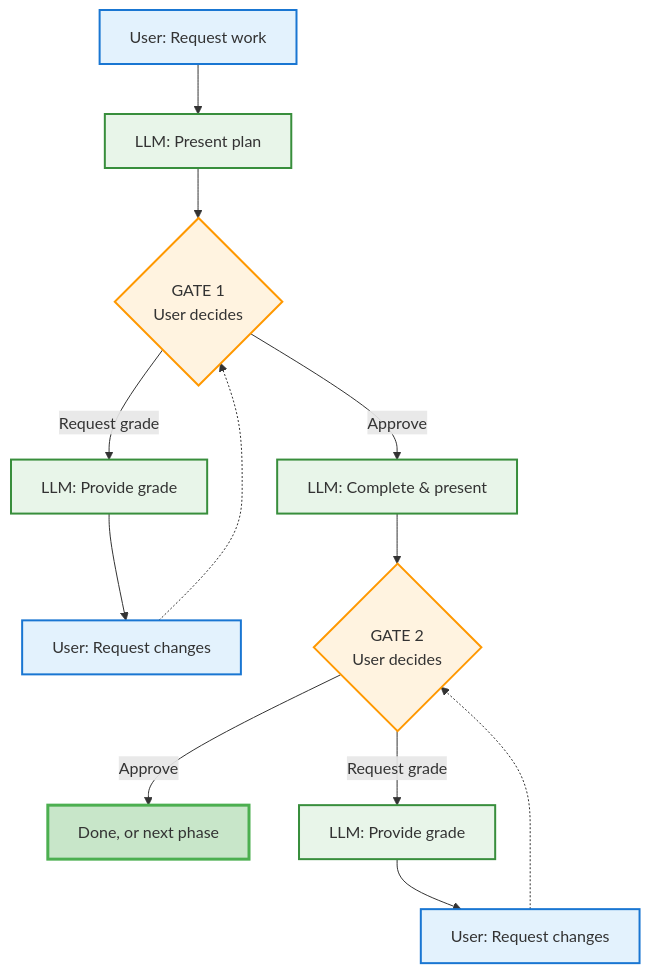
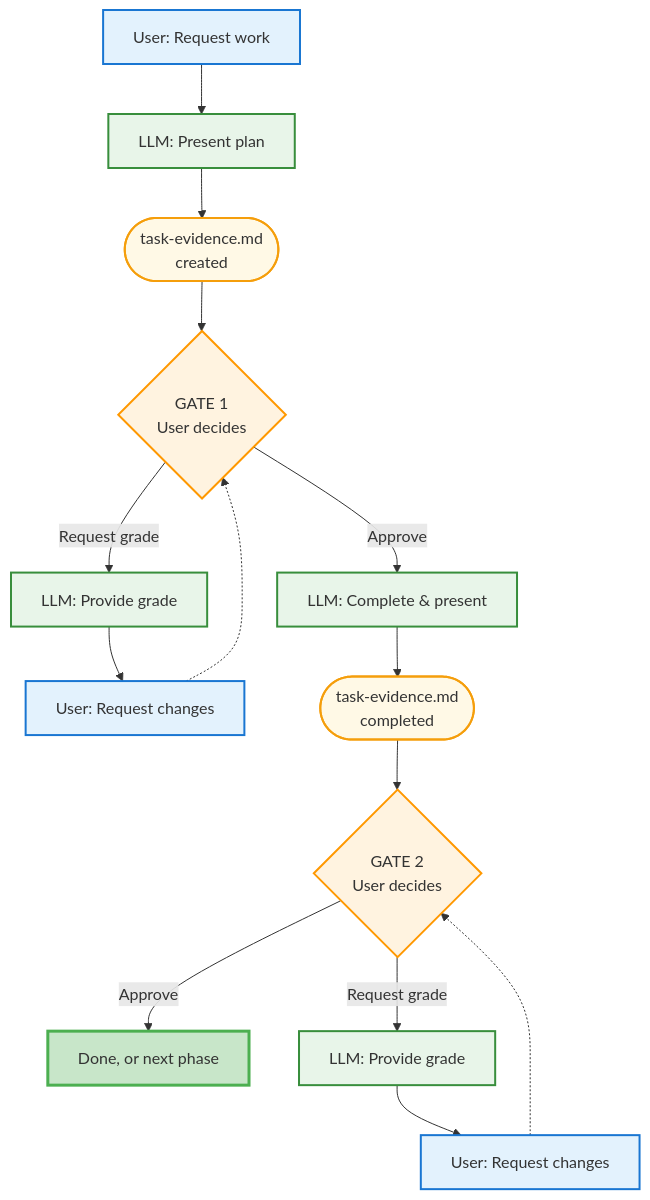
The third of 3 diagrams in README.md (binaryphile/tandem-protocol), drawn with Mermaid before and after one commit. The commit also changed other lines of this file and 1 other file, not shown here.

First line of the commit message:
Add evidence file artifacts to usage pattern diagrams

````diff
--- a/README.md
+++ b/README.md
@@ -187,25 +211,29 @@
 ```mermaid
 flowchart TD
     START["User: Request work"] --> P1["LLM: Present plan"]
-    P1 --> G1{"GATE 1<br/>User decides"}
+    P1 --> EV1(["task-evidence.md<br/>created"])
+    EV1 --> G1{"GATE 1<br/>User decides"}
     G1 -->|Approve| IMPL["LLM: Complete & present"]
     G1 -->|Request grade| GRADE1["LLM: Provide grade"]
     GRADE1 --> IMP1["User: Request changes"]
     IMP1 -.-> G1
-    IMPL --> G2{"GATE 2<br/>User decides"}
+    IMPL --> EV2(["task-evidence.md<br/>completed"])
+    EV2 --> G2{"GATE 2<br/>User decides"}
     G2 -->|Approve| DONE["Done, or next phase"]
     G2 -->|Request grade| GRADE2["LLM: Provide grade"]
     GRADE2 --> IMP2["User: Request changes"]
     IMP2 -.-> G2
 
     style START fill:#e3f2fd,stroke:#1976d2,stroke-width:2px
     style P1 fill:#e8f5e9,stroke:#388e3c,stroke-width:2px
     style IMPL fill:#e8f5e9,stroke:#388e3c,stroke-width:2px
     style GRADE1 fill:#e8f5e9,stroke:#388e3c,stroke-width:2px
     style GRADE2 fill:#e8f5e9,stroke:#388e3c,stroke-width:2px
     style IMP1 fill:#e3f2fd,stroke:#1976d2,stroke-width:2px
     style IMP2 fill:#e3f2fd,stroke:#1976d2,stroke-width:2px
     style G1 fill:#fff3e0,stroke:#ff9800,stroke-width:2px
     style G2 fill:#fff3e0,stroke:#ff9800,stroke-width:2px
     style DONE fill:#c8e6c9,stroke:#4caf50,stroke-width:3px
+    style EV1 fill:#fff9e6,stroke:#f59e0b,stroke-width:2px
+    style EV2 fill:#fff9e6,stroke:#f59e0b,stroke-width:2px
 ```
````
